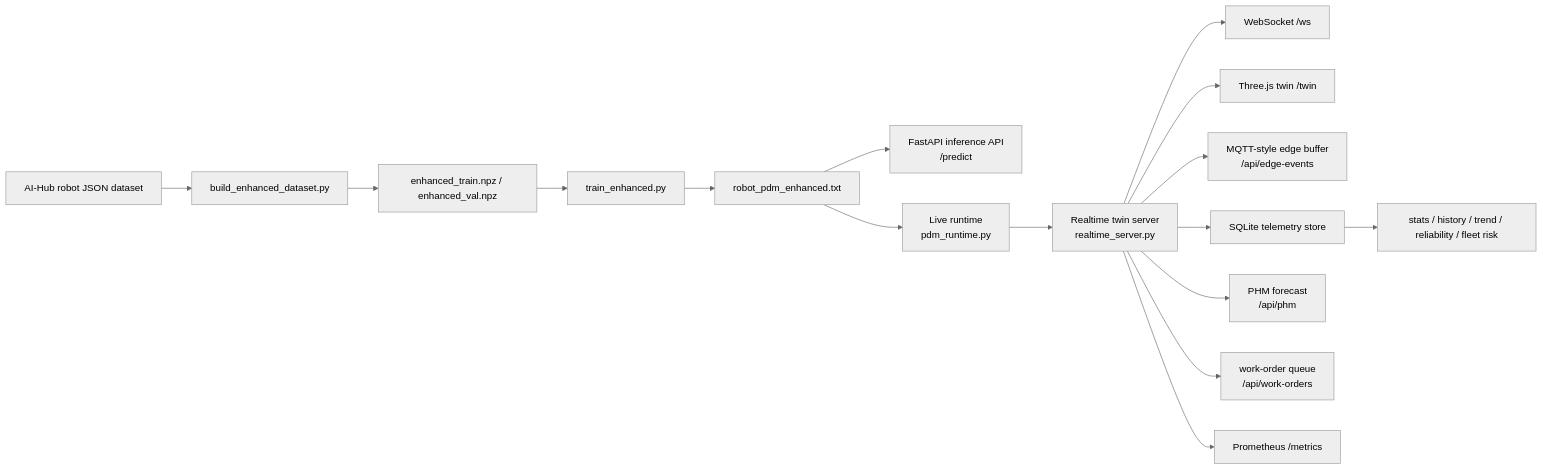
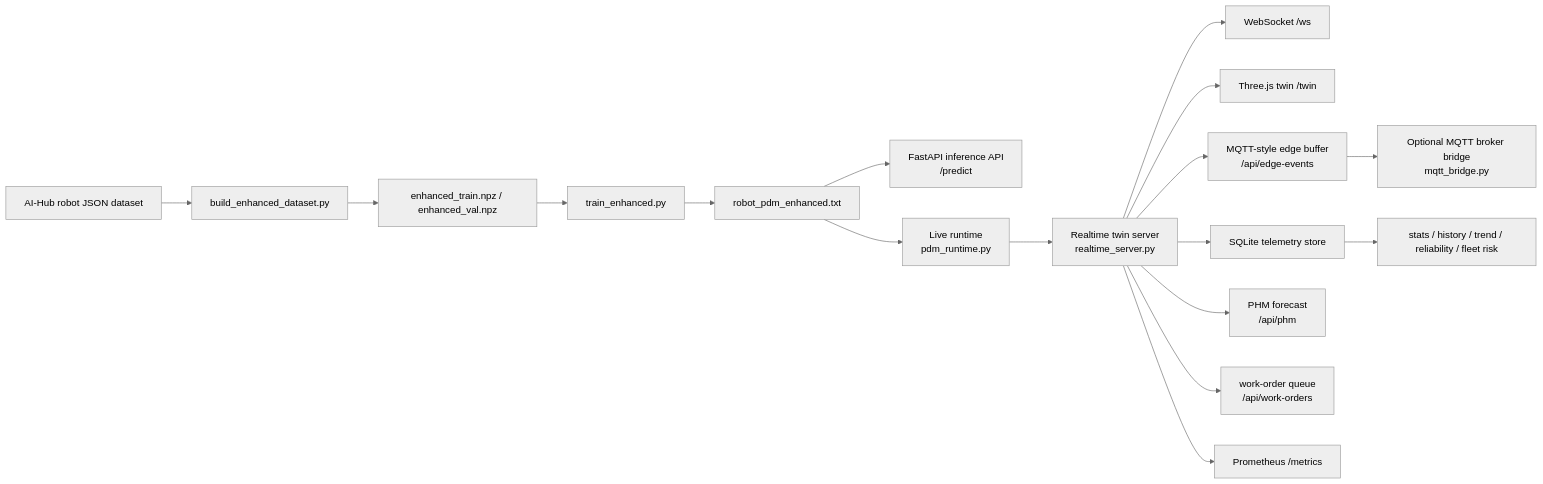
The diagram in README.md (JuHyeon-Nam/ServiceRobot_AI), drawn with Mermaid (neutral theme) before and after one commit. The commit also changed other lines of this file and 6 other files, not shown here.

Commit message:
feat(edge): add mqtt broker bridge

````diff
--- a/README.md
+++ b/README.md
@@ -73,18 +73,19 @@
 ```mermaid
 flowchart LR
     raw["AI-Hub robot JSON dataset"] --> build["build_enhanced_dataset.py"]
     build --> trainset["enhanced_train.npz / enhanced_val.npz"]
     trainset --> train["train_enhanced.py"]
     train --> model["robot_pdm_enhanced.txt"]
     model --> api["FastAPI inference API<br/>/predict"]
     model --> runtime["Live runtime<br/>pdm_runtime.py"]
     runtime --> twin["Realtime twin server<br/>realtime_server.py"]
     twin --> ws["WebSocket /ws"]
     twin --> ui["Three.js twin /twin"]
     twin --> edge["MQTT-style edge buffer<br/>/api/edge-events"]
+    edge --> broker["Optional MQTT broker bridge<br/>mqtt_bridge.py"]
     twin --> store["SQLite telemetry store"]
     store --> ops["stats / history / trend / reliability / fleet risk"]
     twin --> phm["PHM forecast<br/>/api/phm"]
     twin --> work["work-order queue<br/>/api/work-orders"]
     twin --> metrics["Prometheus /metrics"]
 ```
````
